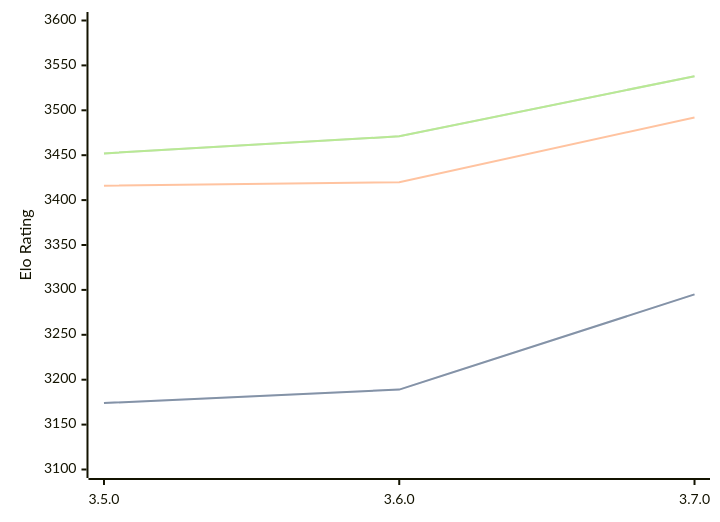
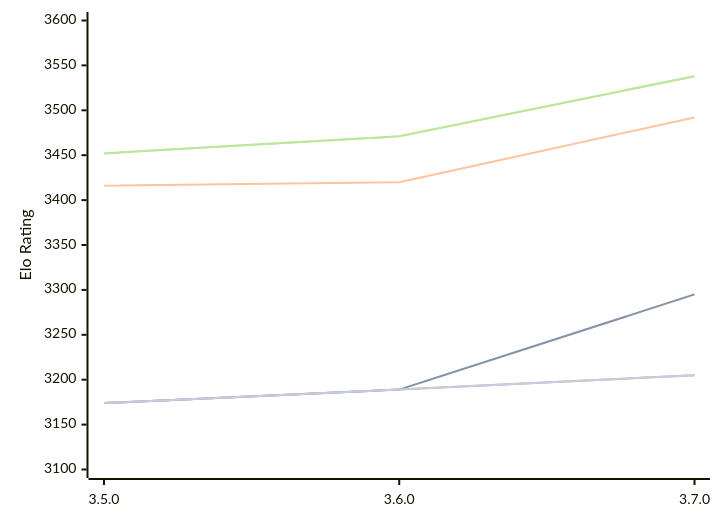
The diagram in engines/Igel.md (computer-chess-index/cci), drawn with Mermaid before and after one commit. The commit also changed other lines of this file, not shown here.

Commit message:
Update CCI Ratings (ELO VLTC) - 2026-10-11

````diff
--- a/engines/Igel.md
+++ b/engines/Igel.md
@@ -49,16 +49,13 @@
 ```mermaid
 %%{init: {"theme":"base","themeVariables":{"seriesColors:['#a3a3a3','#222221','#faa371']}}}%%
 xychart-beta
   x-axis ["3.5.0", "3.6.0", "3.7.0"]
   y-axis "Elo Rating" 3100 --> 3600
   line "" [3174, 3189, 3295]
   line "T1: STC (8.0+0.08s)" [3174, 3189, 3295]
   line "T1: LTC (60.0+0.60s)" [3416, 3420, 3492]
   line "" [3452, 3471, 3538]
   line "T1: VLTC (2m24s+1.12s)" [3452, 3471, 3538]
-  line "" [3189]
-  line "E1: STC (8.0+0.08s)" [3189]
-  line "E1: LTC (60.0+0.60s)" [3468]
-  line "" [3521]
-  line "E1: VLTC (2m24s+1.12s)" [3521]
+  line "" [3174, 3189,3205]
+  line "E1: STC (8.0+0.08s)" [3174, 3189,3205]
 ```
````
